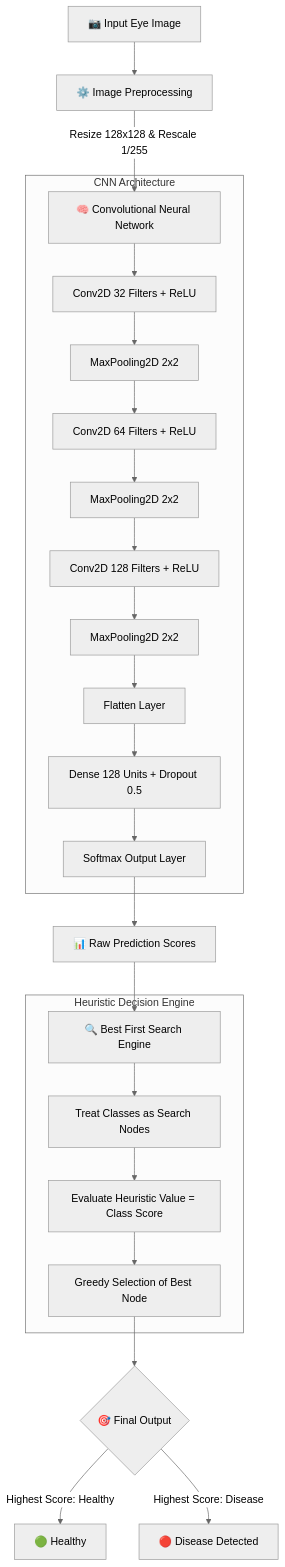
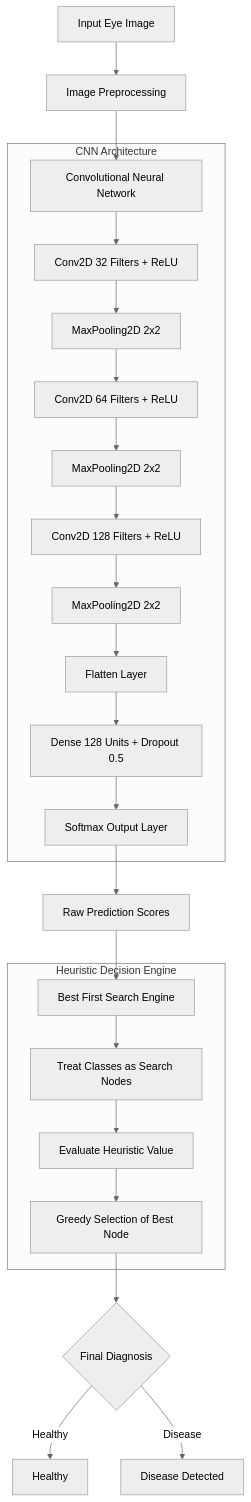
Before and after one commit to Hari-KD/Eye-Disease-detection-system: the diagram in README.md, drawn with Mermaid (neutral theme). The commit also changed other lines of this file, not shown here.

Commit message:
Remove emojis and fix Mermaid flowchart rendering on GitHub

````diff
--- a/README.md
+++ b/README.md
@@ -17,30 +17,30 @@
 ```mermaid
 flowchart TD
-    A[📷 Input Eye Image] --> B[⚙️ Image Preprocessing]
-    B -->|Resize 128x128 & Rescale 1/255| C[🧠 Convolutional Neural Network]
+    A["Input Eye Image"] --> B["Image Preprocessing"]
+    B --> C["Convolutional Neural Network"]
 
-    subgraph CNN Architecture
-        C --> D[Conv2D 32 Filters + ReLU]
-        D --> E[MaxPooling2D 2x2]
-        E --> F[Conv2D 64 Filters + ReLU]
-        F --> G[MaxPooling2D 2x2]
-        G --> H[Conv2D 128 Filters + ReLU]
-        H --> I[MaxPooling2D 2x2]
-        I --> J[Flatten Layer]
-        J --> K[Dense 128 Units + Dropout 0.5]
-        K --> L[Softmax Output Layer]
+    subgraph CNN["CNN Architecture"]
+        C --> D["Conv2D 32 Filters + ReLU"]
+        D --> E["MaxPooling2D 2x2"]
+        E --> F["Conv2D 64 Filters + ReLU"]
+        F --> G["MaxPooling2D 2x2"]
+        G --> H["Conv2D 128 Filters + ReLU"]
+        H --> I["MaxPooling2D 2x2"]
+        I --> J["Flatten Layer"]
+        J --> K["Dense 128 Units + Dropout 0.5"]
+        K --> L["Softmax Output Layer"]
     end
 
-    L --> M[📊 Raw Prediction Scores]
-    M --> N[🔍 Best First Search Engine]
+    L --> M["Raw Prediction Scores"]
+    M --> N["Best First Search Engine"]
 
-    subgraph Heuristic Decision Engine
-        N --> O[Treat Classes as Search Nodes]
-        O --> P[Evaluate Heuristic Value = Class Score]
-        P --> Q[Greedy Selection of Best Node]
+    subgraph BFS["Heuristic Decision Engine"]
+        N --> O["Treat Classes as Search Nodes"]
+        O --> P["Evaluate Heuristic Value"]
+        P --> Q["Greedy Selection of Best Node"]
     end
 
-    Q --> R{🎯 Final Output}
-    R -->|Highest Score: Healthy| S[🟢 Healthy]
-    R -->|Highest Score: Disease| T[🔴 Disease Detected]
+    Q --> R{"Final Diagnosis"}
+    R -->|Healthy| S["Healthy"]
+    R -->|Disease| T["Disease Detected"]
 ```
````
